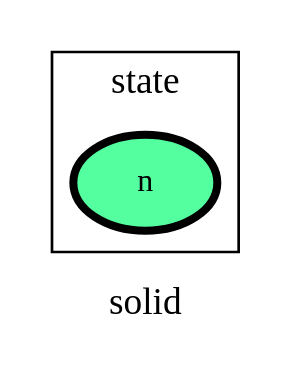
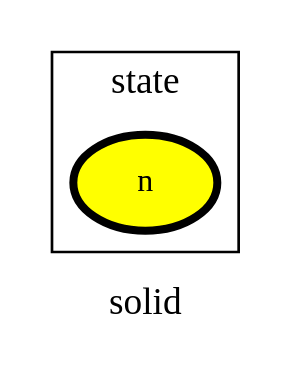
One commit to heinz-preisig/processes_distributed_no_interface_eqs changed the diagram in ontology_graphs/graph__solid.dot. Above: the diagram before and after it, drawn with Graphviz. The commit also changed 90 other files, not shown here.

```diff
--- a/ontology_graphs/graph__solid.dot
+++ b/ontology_graphs/graph__solid.dot
@@ -1,80 +1,80 @@
 digraph solid {
 label=solid;
 rankdir=LR;
 subgraph cluster_solid___transport {
 label=transport;
 rankdir=LR;
 }
 
 subgraph cluster_solid___geometry {
 label=geometry;
 rankdir=LR;
 }
 
 subgraph cluster_solid___properties {
 label=properties;
 rankdir=LR;
 }
 
 subgraph cluster_solid___network {
 label=network;
 rankdir=LR;
 }
 
 subgraph cluster_solid___differenceOperator {
 label=differenceOperator;
 rankdir=LR;
 }
 
 subgraph cluster_solid___frame {
 label=frame;
 rankdir=LR;
 }
 
 subgraph cluster_solid___state {
 label=state;
 rankdir=LR;
-V_1 [fillcolor=seagreen1, fontsize=12, label=n, penwidth=3, style=filled];
+V_1 [fillcolor=yellow, fontsize=12, label=n, penwidth=3, style=filled];
 }
 
 subgraph cluster_solid___constant {
 label=constant;
 rankdir=LR;
 }
 
 subgraph cluster_solid___effort {
 label=effort;
 rankdir=LR;
 }
 
 subgraph cluster_solid___secondaryState {
 label=secondaryState;
 rankdir=LR;
 }
 
 subgraph cluster_solid___conversion {
 label=conversion;
 rankdir=LR;
 }
 
 subgraph cluster_solid___diffState {
 label=diffState;
 rankdir=LR;
 }
 
 subgraph cluster_solid___internalTransport {
 label=internalTransport;
 rankdir=LR;
 }
 
 subgraph cluster_solid___controlInput {
 label=controlInput;
 rankdir=LR;
 }
 
 subgraph cluster_solid___observation {
 label=observation;
 rankdir=LR;
 }
 
 }
```
